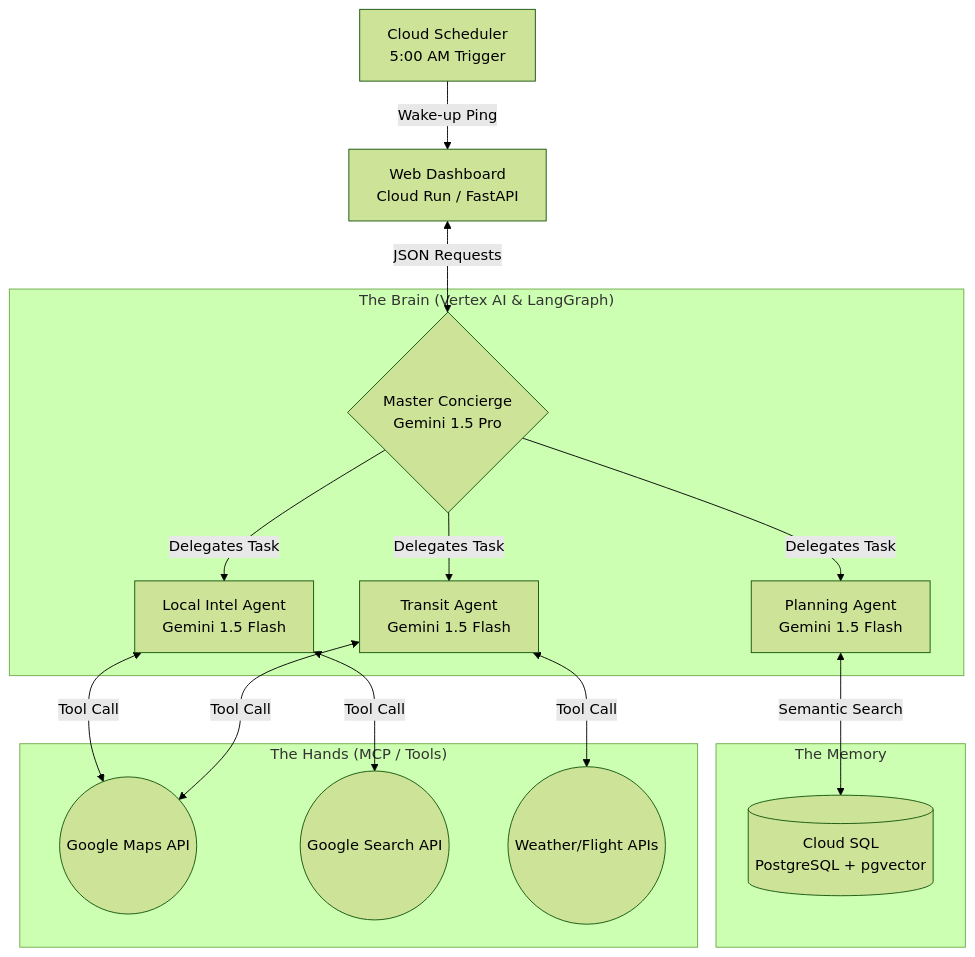
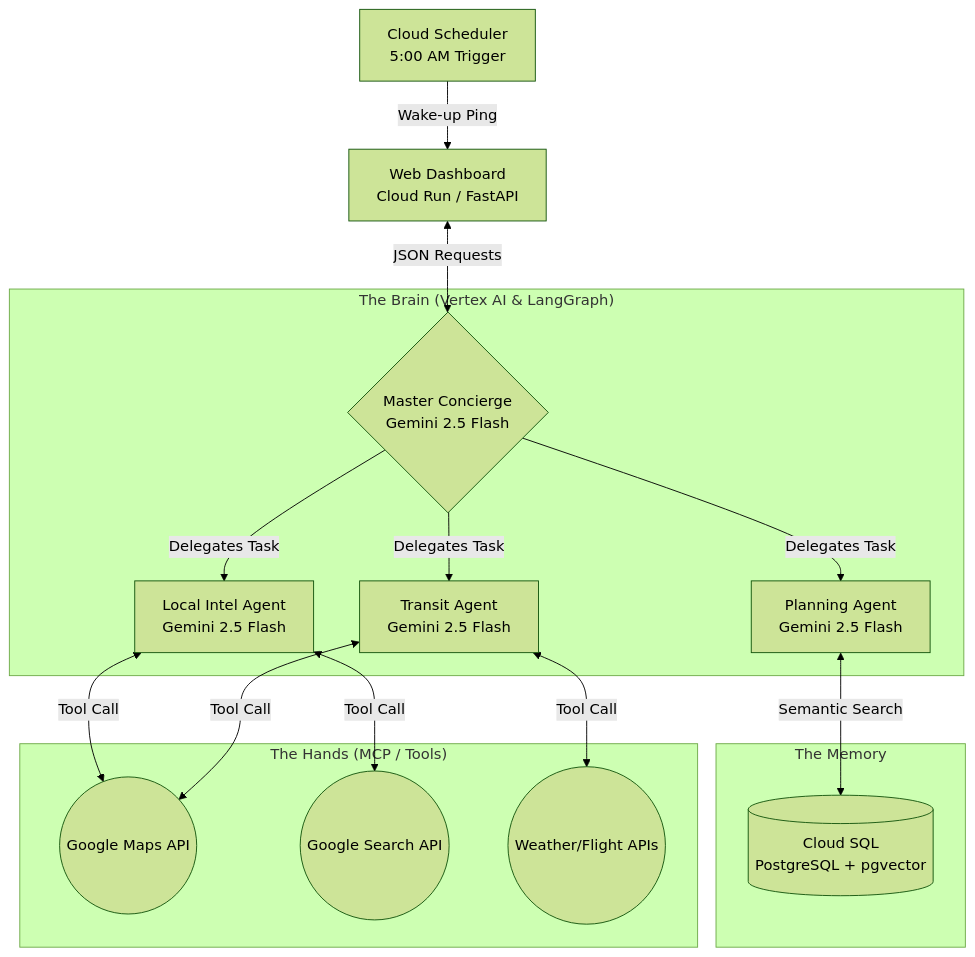
Before and after one commit to RahulSelvakumar/TravellerPie: the diagram in README.md, drawn with Mermaid (forest theme).

Commit message:
Update Gemini version in README.md

````diff
--- a/README.md
+++ b/README.md
@@ -16,39 +16,39 @@
 ```mermaid
 graph TD
     %% Define Nodes
     UI[Web Dashboard <br/> Cloud Run / FastAPI]
     Cron[Cloud Scheduler <br/> 5:00 AM Trigger]
     
     subgraph "The Brain (Vertex AI & LangGraph)"
-        Orchestrator{Master Concierge <br/> Gemini 1.5 Pro}
-        Transit[Transit Agent <br/> Gemini 1.5 Flash]
-        Planning[Planning Agent <br/> Gemini 1.5 Flash]
-        Intel[Local Intel Agent <br/> Gemini 1.5 Flash]
+        Orchestrator{Master Concierge <br/> Gemini 2.5 Flash}
+        Transit[Transit Agent <br/> Gemini 2.5 Flash]
+        Planning[Planning Agent <br/> Gemini 2.5 Flash]
+        Intel[Local Intel Agent <br/> Gemini 2.5 Flash]
     end
 
     subgraph "The Memory"
         DB[(Cloud SQL <br/> PostgreSQL + pgvector)]
     end
 
     subgraph "The Hands (MCP / Tools)"
         Maps((Google Maps API))
         Search((Google Search API))
         Weather((Weather/Flight APIs))
     end
 
     %% Define Connections
     UI <-->|JSON Requests| Orchestrator
     Cron -->|Wake-up Ping| UI
 
     Orchestrator -->|Delegates Task| Transit
     Orchestrator -->|Delegates Task| Planning
     Orchestrator -->|Delegates Task| Intel
 
     Transit <-->|Tool Call| Maps
     Transit <-->|Tool Call| Weather
     
     Intel <-->|Tool Call| Search
     Intel <-->|Tool Call| Maps
 
     Planning <-->|Semantic Search| DB
 ```
````
